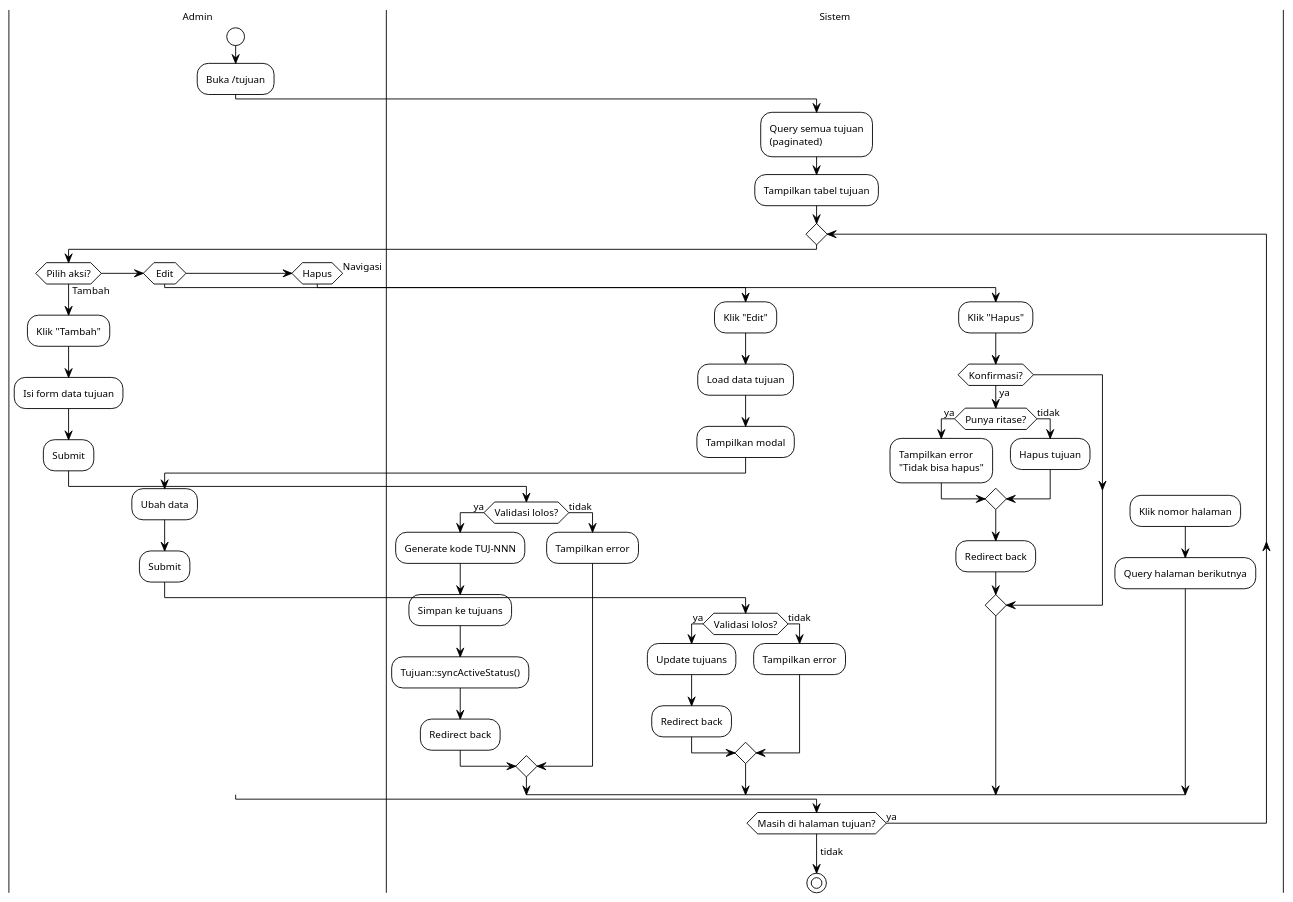
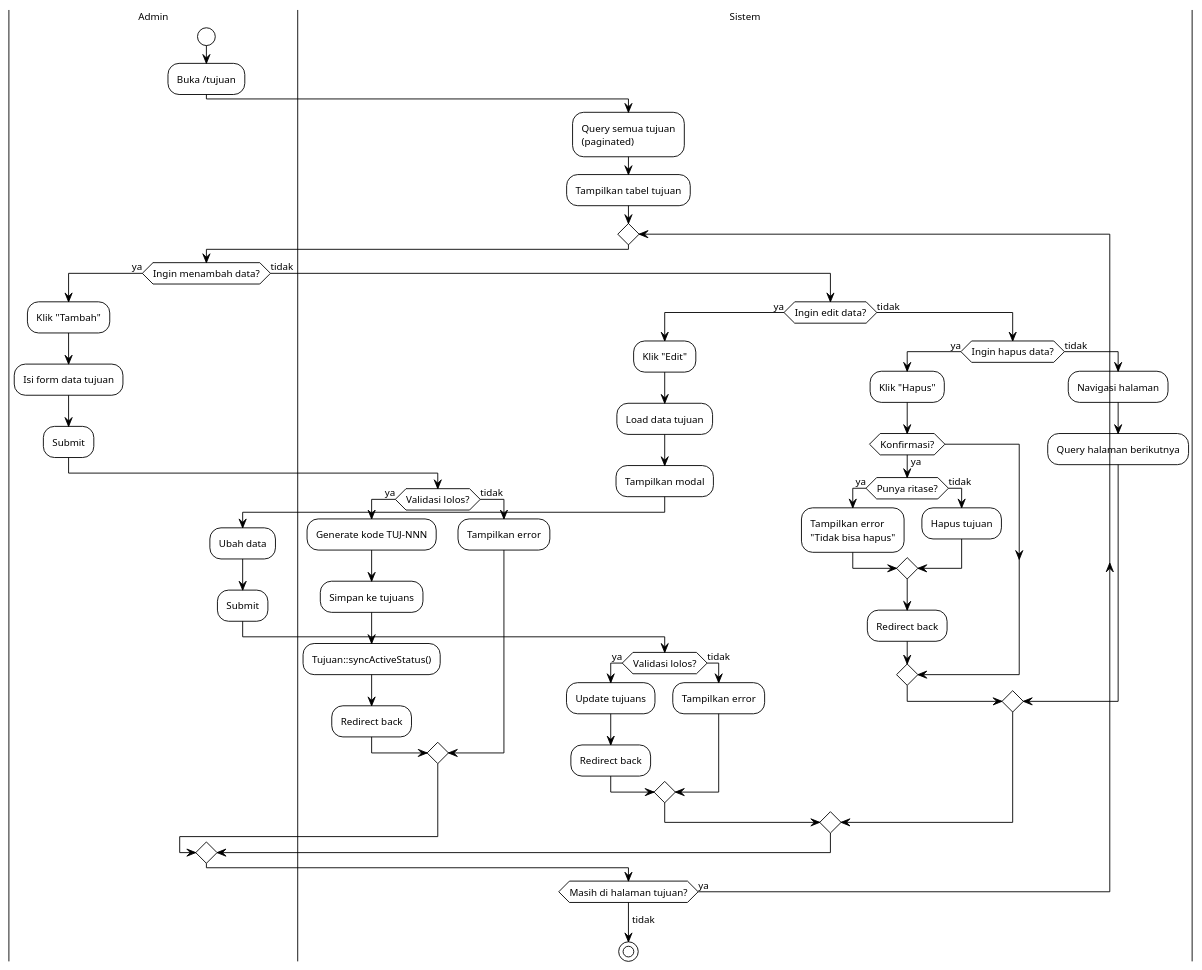
Before and after one commit to riandafatur28/sidigas-gaji-sopir-truck: the seventh of 22 diagrams in FLOWCHART.md, drawn with PlantUML. The commit also changed other lines of this file, not shown here.

Commit message:
docs: update flowchart

````diff
--- a/FLOWCHART.md
+++ b/FLOWCHART.md
@@ -458,71 +462,75 @@
 ```plantuml
 @startuml
 !theme plain
 skinparam backgroundColor #ffffff
 skinparam defaultFontSize 11
 skinparam defaultFontName Arial
 
 |Admin|
 start
 :Buka /tujuan;
 
 |Sistem|
 :Query semua tujuan\n(paginated);
 :Tampilkan tabel tujuan;
 
 repeat
   |Admin|
-  if (Pilih aksi?) then (Tambah)
+  if (Ingin menambah data?) then (ya)
     :Klik "Tambah";
     :Isi form data tujuan;
     :Submit;
     |Sistem|
     if (Validasi lolos?) then (ya)
       :Generate kode TUJ-NNN;
       :Simpan ke tujuans;
       :Tujuan::syncActiveStatus();
       :Redirect back;
     else (tidak)
       :Tampilkan error;
     endif
 
-  elseif (Edit) then
-    :Klik "Edit";
-    |Sistem|
-    :Load data tujuan;
-    :Tampilkan modal;
-    |Admin|
-    :Ubah data;
-    :Submit;
-    |Sistem|
-    if (Validasi lolos?) then (ya)
-      :Update tujuans;
-      :Redirect back;
+  else (tidak)
+    if (Ingin edit data?) then (ya)
+      :Klik "Edit";
+      |Sistem|
+      :Load data tujuan;
+      :Tampilkan modal;
+      |Admin|
+      :Ubah data;
+      :Submit;
+      |Sistem|
+      if (Validasi lolos?) then (ya)
+        :Update tujuans;
+        :Redirect back;
+      else (tidak)
+        :Tampilkan error;
+      endif
+
     else (tidak)
-      :Tampilkan error;
+      if (Ingin hapus data?) then (ya)
+        :Klik "Hapus";
+        if (Konfirmasi?) then (ya)
+          |Sistem|
+          if (Punya ritase?) then (ya)
+            :Tampilkan error\n"Tidak bisa hapus";
+          else (tidak)
+            :Hapus tujuan;
+          endif
+          :Redirect back;
+        endif
+
+      else (tidak)
+        :Navigasi halaman;
+        |Sistem|
+        :Query halaman berikutnya;
+      endif
     endif
-
-  elseif (Hapus) then
-    :Klik "Hapus";
-    if (Konfirmasi?) then (ya)
-      |Sistem|
-      if (Punya ritase?) then (ya)
-        :Tampilkan error\n"Tidak bisa hapus";
-      else (tidak)
-        :Hapus tujuan;
-      endif
-      :Redirect back;
-    endif
-
-  else (Navigasi)
-    :Klik nomor halaman;
-    |Sistem|
-    :Query halaman berikutnya;
   endif
 
 repeat while (Masih di halaman tujuan?) is (ya)
 ->tidak;
 stop
 
 @enduml
 ```
````
